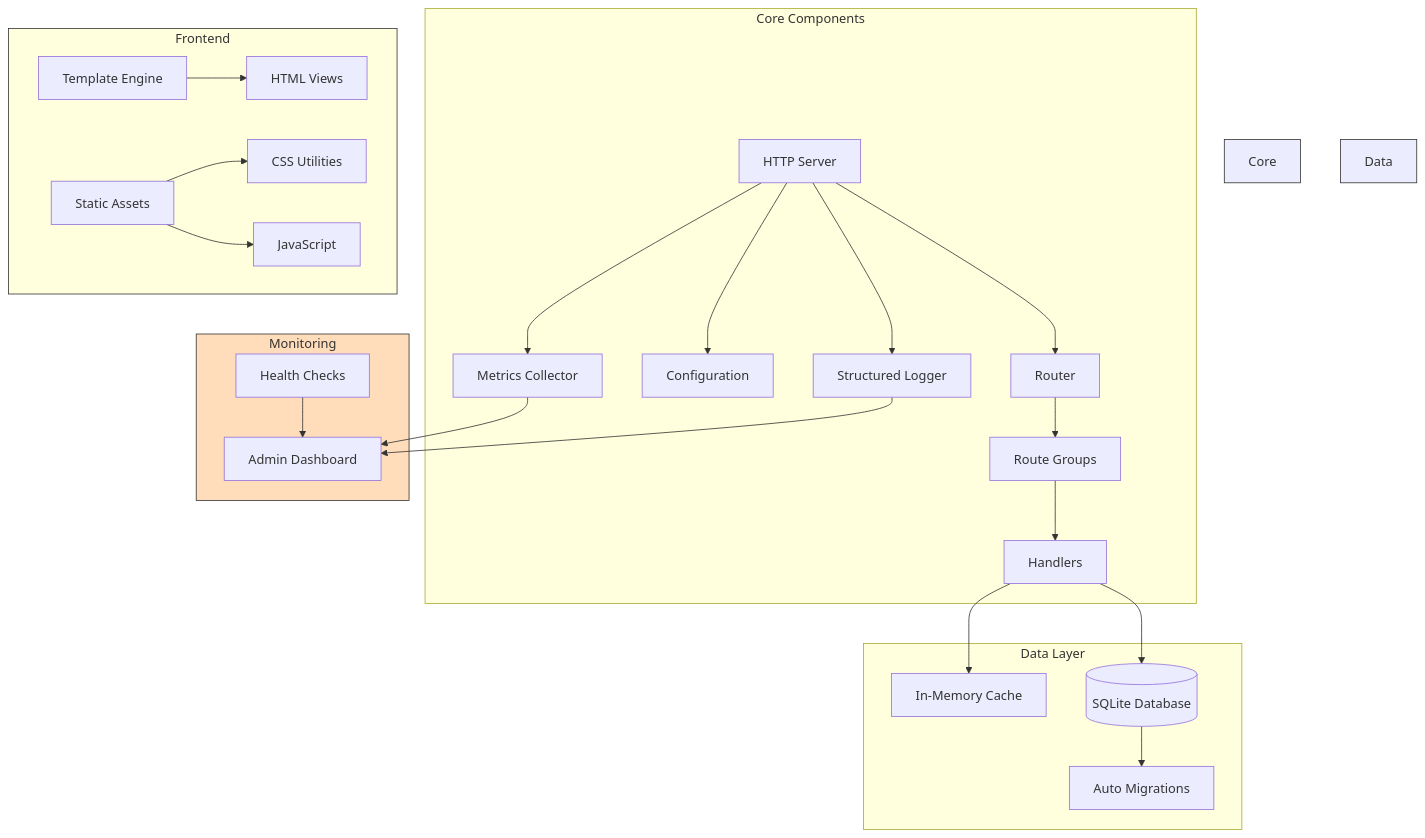
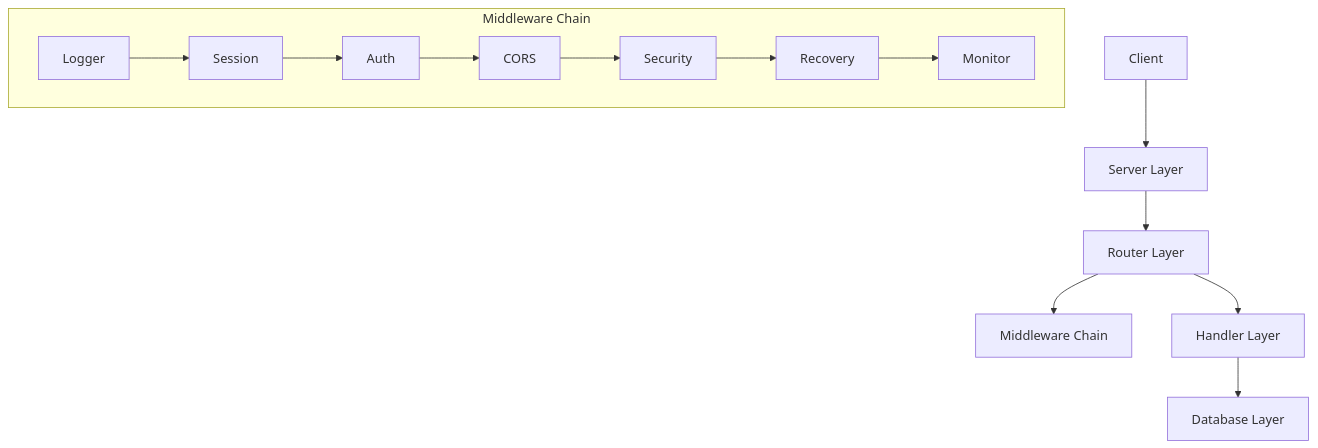
The diagram in README.md (magooney-loon/webrender), drawn with Mermaid before and after one commit. The commit also changed other lines of this file and 63 other files, not shown here.

````diff
--- a/README.md
+++ b/README.md
@@ -216,35 +11,17 @@
 ```mermaid
-graph TD
-    subgraph Core Components
-        Server[HTTP Server] --> Router[Router]
-        Router --> Groups[Route Groups]
-        Groups --> Handlers[Handlers]
-        
-        Server --> Config[Configuration]
-        Server --> Logger[Structured Logger]
-        Server --> Metrics[Metrics Collector]
+graph TB
+    Client[Client] --> Server[Server Layer]
+    Server --> Router[Router Layer]
+    Router --> Middleware[Middleware Chain]
+    Router --> Handler[Handler Layer]
+    Handler --> Database[Database Layer]
+    
+    subgraph Middleware Chain
+        Logger --> Session
+        Session --> Auth
+        Auth --> CORS
+        CORS --> Security
+        Security --> Recovery
+        Recovery --> Monitor
     end
-    
-    subgraph Data Layer
-        Handlers --> Cache[In-Memory Cache]
-        Handlers --> DB[(SQLite Database)]
-        DB --> Migrations[Auto Migrations]
-    end
-    
-    subgraph Frontend
-        Templates[Template Engine] --> Views[HTML Views]
-        Static[Static Assets] --> CSS[CSS Utilities]
-        Static --> JS[JavaScript]
-    end
-    
-    subgraph Monitoring
-        Metrics --> Dashboard[Admin Dashboard]
-        Logger --> Dashboard
-        Health[Health Checks] --> Dashboard
-    end
-    
-    style Core Components fill:#bbf,stroke:#333
-    style Data Layer fill:#dfd,stroke:#333
-    style Frontend fill:#ffd,stroke:#333
-    style Monitoring fill:#fdb,stroke:#333
 ```
````
